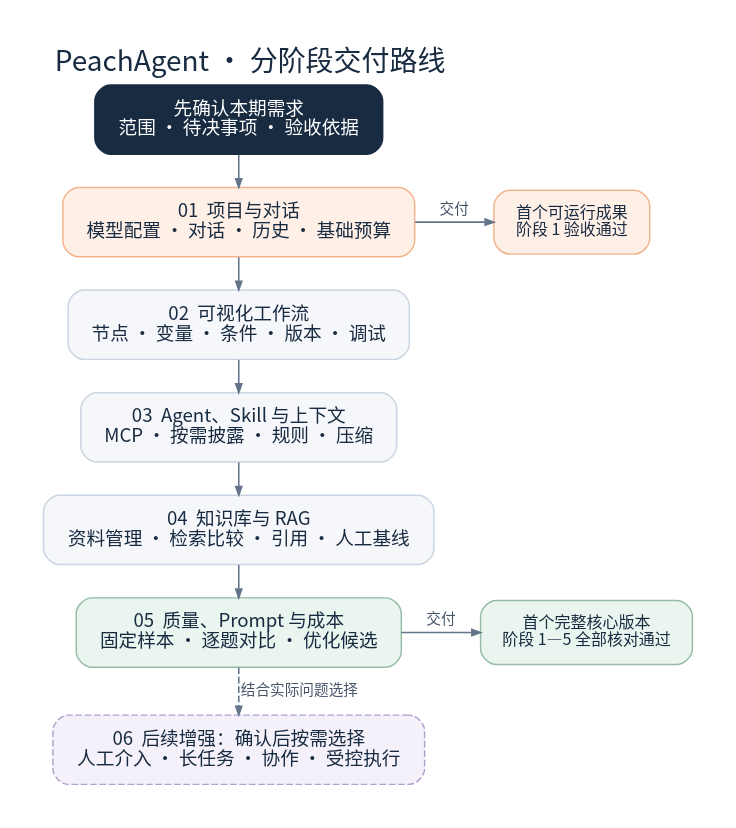
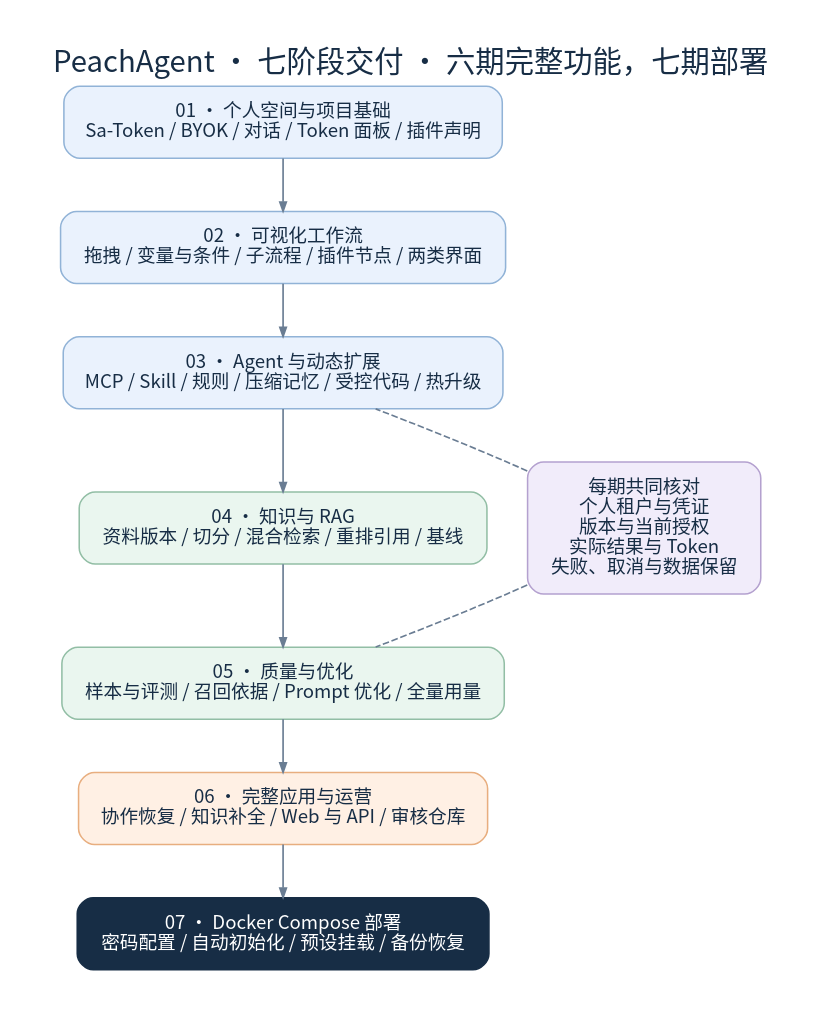
One commit to Ryan-Guizhou/PeachAgent changed the diagram in image/roadmap.dot. Above: the diagram before and after it, drawn with Graphviz. The commit also changed 49 other files, not shown here.

First line of the commit message:
docs: 完善四域架构、动态插件与七阶段交付蓝图 (#5)

```diff
--- a/image/roadmap.dot
+++ b/image/roadmap.dot
@@ -1,26 +1,23 @@
-digraph Roadmap {
-  graph [rankdir=TB, bgcolor="#FFFFFF", pad=0.35, nodesep=0.42, ranksep=0.32,
-    fontname="Noto Sans CJK SC", fontsize=21, fontcolor="#182B41",
-    label="PeachAgent · 分阶段交付路线", labelloc=t, labeljust=l];
-  node [shape=box, style="rounded,filled", fontname="Noto Sans CJK SC",
-    fontsize=14, color="#CBD5E1", fillcolor="#F5F7FB", fontcolor="#182B41",
-    margin="0.22,0.15", penwidth=1.1];
-  edge [color="#64748B", arrowsize=0.65, penwidth=1.2, fontname="Noto Sans CJK SC",
-    fontsize=11, fontcolor="#475569"];
-  confirmed [label="先确认本期需求\n范围 · 待决事项 · 验收依据", fillcolor="#182B41", fontcolor="#FFFFFF", color="#182B41"];
-  p1 [label="01  项目与对话\n模型配置 · 对话 · 历史 · 基础预算", fillcolor="#FFF0E7", color="#F2B38C"];
-  p2 [label="02  可视化工作流\n节点 · 变量 · 条件 · 版本 · 调试"];
-  p3 [label="03  Agent、Skill 与上下文\nMCP · 按需披露 · 规则 · 压缩"];
-  p4 [label="04  知识库与 RAG\n资料管理 · 检索比较 · 引用 · 人工基线"];
-  p5 [label="05  质量、Prompt 与成本\n固定样本 · 逐题对比 · 优化候选", fillcolor="#EAF5EF", color="#96BCA6"];
-  p6 [label="06  后续增强：确认后按需选择\n人工介入 · 长任务 · 协作 · 受控执行", style="rounded,dashed,filled", fillcolor="#F4F1FA", color="#B3A0CD"];
-  first [label="首个可运行成果\n阶段 1 验收通过", fillcolor="#FFF0E7", color="#F2B38C", fontsize=12];
-  core [label="首个完整核心版本\n阶段 1—5 全部核对通过", fillcolor="#EAF5EF", color="#96BCA6", fontsize=12];
-  confirmed -> p1;
-  p1 -> p2 -> p3 -> p4 -> p5;
-  p5 -> p6 [style=dashed, label="结合实际问题选择"];
-  { rank=same; p1; first; }
-  { rank=same; p5; core; }
-  p1 -> first [label="交付"];
-  p5 -> core [label="交付"];
+digraph PeachAgent {
+  graph [rankdir=TB, bgcolor="#FFFFFF", pad=0.35, nodesep=0.42, ranksep=0.55,
+    fontname="Noto Sans CJK SC", fontsize=22, fontcolor="#172D45", labelloc=t, labeljust=l];
+  node [shape=box, style="rounded,filled", fontname="Noto Sans CJK SC", fontsize=14,
+    color="#C8D4E2", fillcolor="#F5F8FC", fontcolor="#172D45", margin="0.22,0.16", penwidth=1.15];
+  edge [color="#6A7D93", arrowsize=0.7, fontname="Noto Sans CJK SC", fontsize=11,
+    fontcolor="#50657E", penwidth=1.25];
+  graph [label="PeachAgent · 七阶段交付 · 六期完整功能，七期部署"];
+
+  p1 [label="01 · 个人空间与项目基础\nSa-Token / BYOK / 对话 / Token 面板 / 插件声明", fillcolor="#EAF2FD", color="#91B3D7"];
+  p2 [label="02 · 可视化工作流\n拖拽 / 变量与条件 / 子流程 / 插件节点 / 两类界面", fillcolor="#EAF2FD", color="#91B3D7"];
+  p3 [label="03 · Agent 与动态扩展\nMCP / Skill / 规则 / 压缩记忆 / 受控代码 / 热升级", fillcolor="#EAF2FD", color="#91B3D7"];
+  p4 [label="04 · 知识与 RAG\n资料版本 / 切分 / 混合检索 / 重排引用 / 基线", fillcolor="#EAF6EF", color="#92BEA5"];
+  p5 [label="05 · 质量与优化\n样本与评测 / 召回依据 / Prompt 优化 / 全量用量", fillcolor="#EAF6EF", color="#92BEA5"];
+  p6 [label="06 · 完整应用与运营\n协作恢复 / 知识补全 / Web 与 API / 审核仓库", fillcolor="#FFF0E4", color="#E8AE7F"];
+  p7 [label="07 · Docker Compose 部署\n密码配置 / 自动初始化 / 预设挂载 / 备份恢复", fillcolor="#172D45", fontcolor="white", color="#172D45"];
+  p1 -> p2 -> p3 -> p4 -> p5 -> p6 -> p7;
+  shared [label="每期共同核对\n个人租户与凭证\n版本与当前授权\n实际结果与 Token\n失败、取消与数据保留", fillcolor="#F1ECFA", color="#B4A1CF"];
+  {rank=same; p4; shared;}
+  shared -> p3 [style=dashed, constraint=false, arrowhead=none];
+  shared -> p5 [style=dashed, constraint=false, arrowhead=none];
+
 }
```
